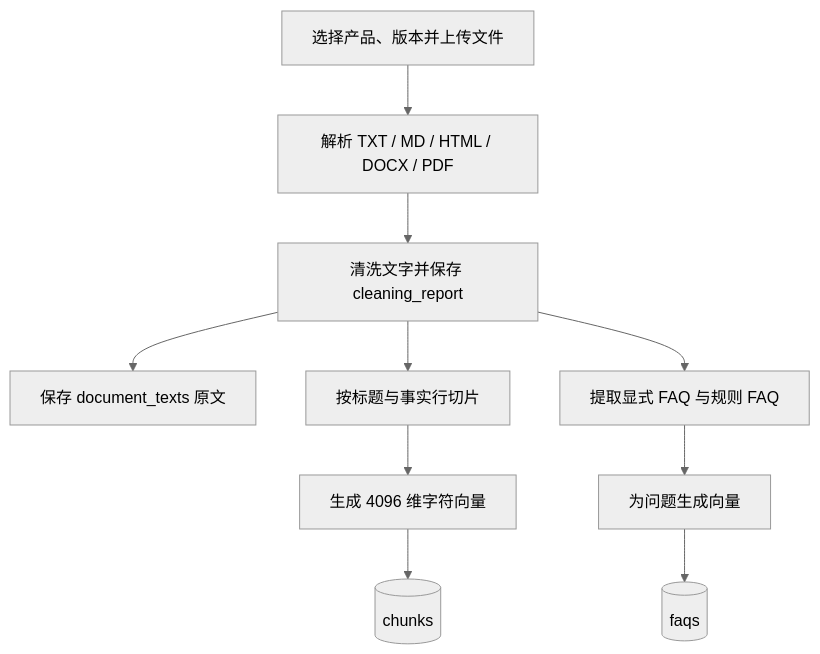
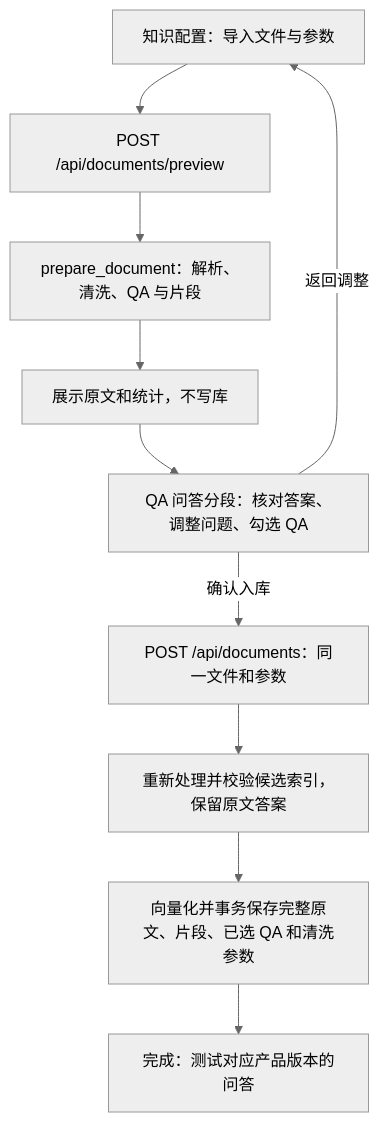
The second of 3 diagrams in ARCHITECTURE.md (MichaelZYZ/ai-rag-product), drawn with Mermaid (neutral theme) before and after one commit. The commit also changed other lines of this file and 14 other files, not shown here.

````diff
--- a/ARCHITECTURE.md
+++ b/ARCHITECTURE.md
@@ -37,12 +37,12 @@
 ```mermaid
 flowchart TD
-    A[选择产品、版本并上传文件] --> B[解析 TXT / MD / HTML / DOCX / PDF]
-    B --> C[清洗文字并保存 cleaning_report]
-    C --> D[保存 document_texts 原文]
-    C --> E[按标题与事实行切片]
-    C --> F[提取显式 FAQ 与规则 FAQ]
-    E --> G[生成 4096 维字符向量]
-    F --> H[为问题生成向量]
-    G --> I[(chunks)]
-    H --> J[(faqs)]
+    A[知识配置：导入文件与参数] --> B[POST /api/documents/preview]
+    B --> C[prepare_document：解析、清洗、QA 与片段]
+    C --> D[展示原文和统计，不写库]
+    D --> E[QA 问答分段：核对答案、调整问题、勾选 QA]
+    E -- 返回调整 --> A
+    E -- 确认入库 --> F[POST /api/documents：同一文件和参数]
+    F --> G[重新处理并校验候选索引，保留原文答案]
+    G --> H[向量化并事务保存完整原文、片段、已选 QA 和清洗参数]
+    H --> I[完成：测试对应产品版本的问答]
 ```
````
